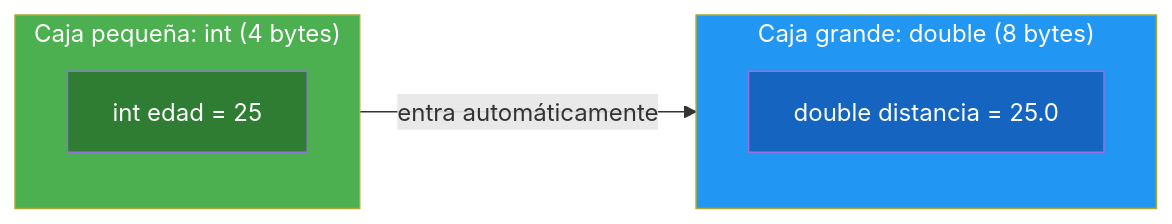
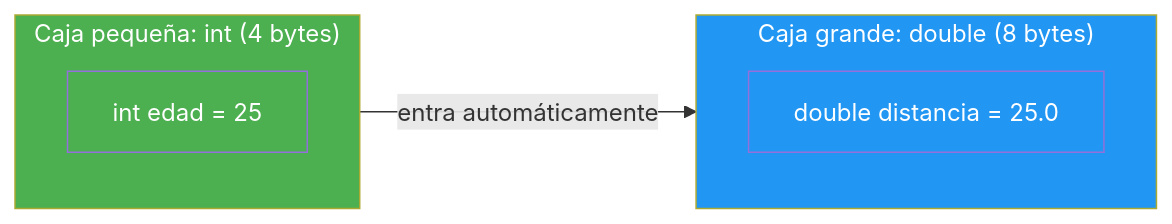
Before and after one commit to joseluisgs/Programacion-01-2026-2027: the second of 3 diagrams in 08-conversiones-tipo.md, drawn with Mermaid. The commit also changed other lines of this file and 10 other files, not shown here.

````diff
--- a/08-conversiones-tipo.md
+++ b/08-conversiones-tipo.md
@@ -269,15 +269,15 @@
 ```mermaid
 graph LR
     subgraph CAJA_PEQ ["Caja pequeña: int (4 bytes)"]
         A1["int edad = 25"]
     end
     subgraph CAJA_GRAN ["Caja grande: double (8 bytes)"]
         B1["double distancia = 25.0"]
     end
     CAJA_PEQ -->|"entra automáticamente"| CAJA_GRAN
 
     style CAJA_PEQ fill:#4CAF50,color:#fff
     style CAJA_GRAN fill:#2196F3,color:#fff
-    style A1 fill:#2E7D32,color:#fff
-    style B1 fill:#1565C0,color:#fff
+style A1 fill:#4CAF50,color:#fff
+  style B1 fill:#2196F3,color:#fff
 ```
````
